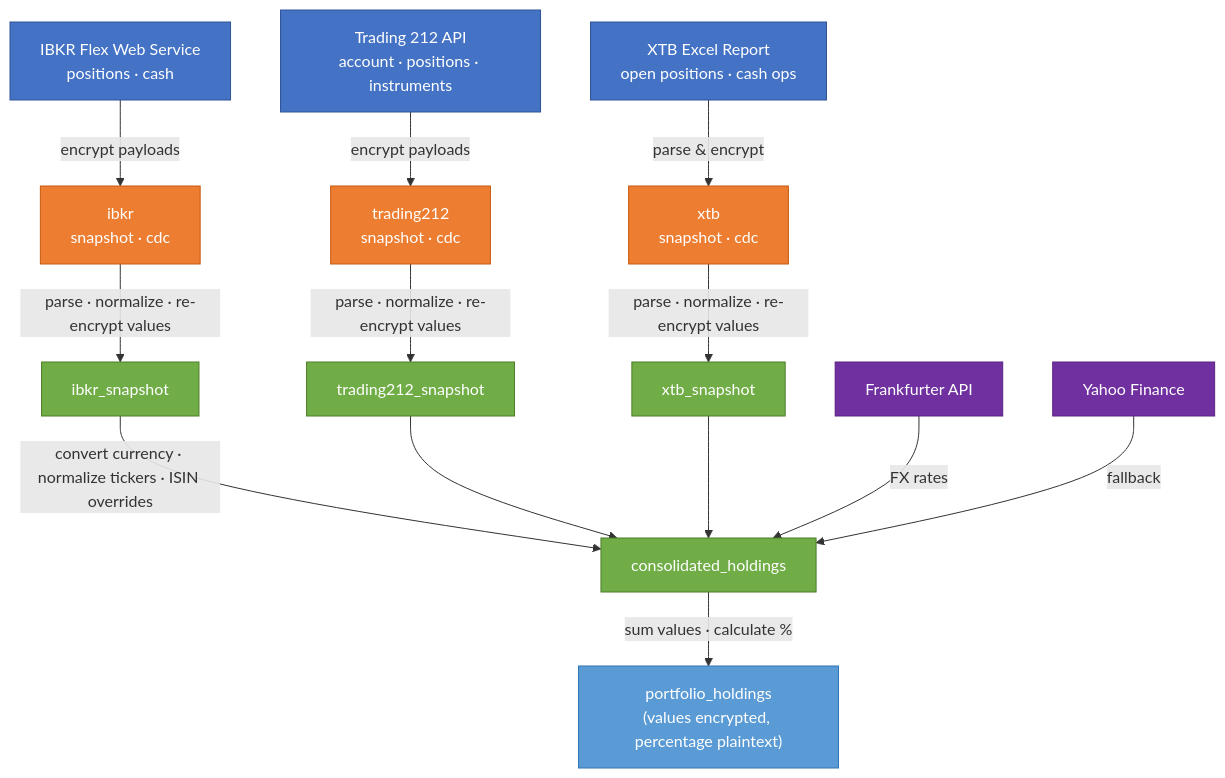
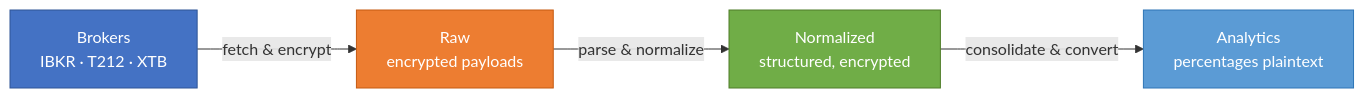
Before and after one commit to vp-1591/financial-portfolio-lakehouse: the diagram in README.md, drawn with Mermaid. The commit also changed other lines of this file and 7 other files, not shown here.

````diff
--- a/README.md
+++ b/README.md
@@ -14,29 +28,14 @@
 ```mermaid
-flowchart TD
+flowchart LR
     classDef source fill:#4472c4,stroke:#2f5496,color:#fff
     classDef raw fill:#ed7d31,stroke:#c55a11,color:#fff
     classDef norm fill:#70ad47,stroke:#4f7d28,color:#fff
-    classDef fx fill:#7030a0,stroke:#5b2280,color:#fff
     classDef analytics fill:#5b9bd5,stroke:#2e75b6,color:#fff
 
-    IBKR["IBKR Flex Web Service<br/>positions · cash"]:::source
-    T212["Trading 212 API<br/>account · positions · instruments"]:::source
-    XTB["XTB Excel Report<br/>open positions · cash ops"]:::source
+    B["Brokers<br/>IBKR · T212 · XTB"]:::source
+    R["Raw<br/>encrypted payloads"]:::raw
+    N["Normalized<br/>structured, encrypted"]:::norm
+    A["Analytics<br/>percentages plaintext"]:::analytics
 
-    IBKR -->|"encrypt payloads"| RS["ibkr<br/>snapshot · cdc"]:::raw
-    T212 -->|"encrypt payloads"| RT["trading212<br/>snapshot · cdc"]:::raw
-    XTB -->|"parse & encrypt"| RX["xtb<br/>snapshot · cdc"]:::raw
-
-    RS -->|"parse · normalize · re-encrypt values"| NS["ibkr_snapshot"]:::norm
-    RT -->|"parse · normalize · re-encrypt values"| NT["trading212_snapshot"]:::norm
-    RX -->|"parse · normalize · re-encrypt values"| NX["xtb_snapshot"]:::norm
-
-    NS -->|"convert currency · normalize tickers · ISIN overrides"| CH["consolidated_holdings"]:::norm
-    NT --> CH
-    NX --> CH
-
-    FX1["Frankfurter API"]:::fx -->|"FX rates"| CH
-    FX2["Yahoo Finance"]:::fx -->|"fallback"| CH
-
-    CH -->|"sum values · calculate %"| PH["portfolio_holdings<br/>(values encrypted, percentage plaintext)"]:::analytics
+    B -->|"fetch & encrypt"| R -->|"parse & normalize"| N -->|"consolidate & convert"| A
 ```
````
